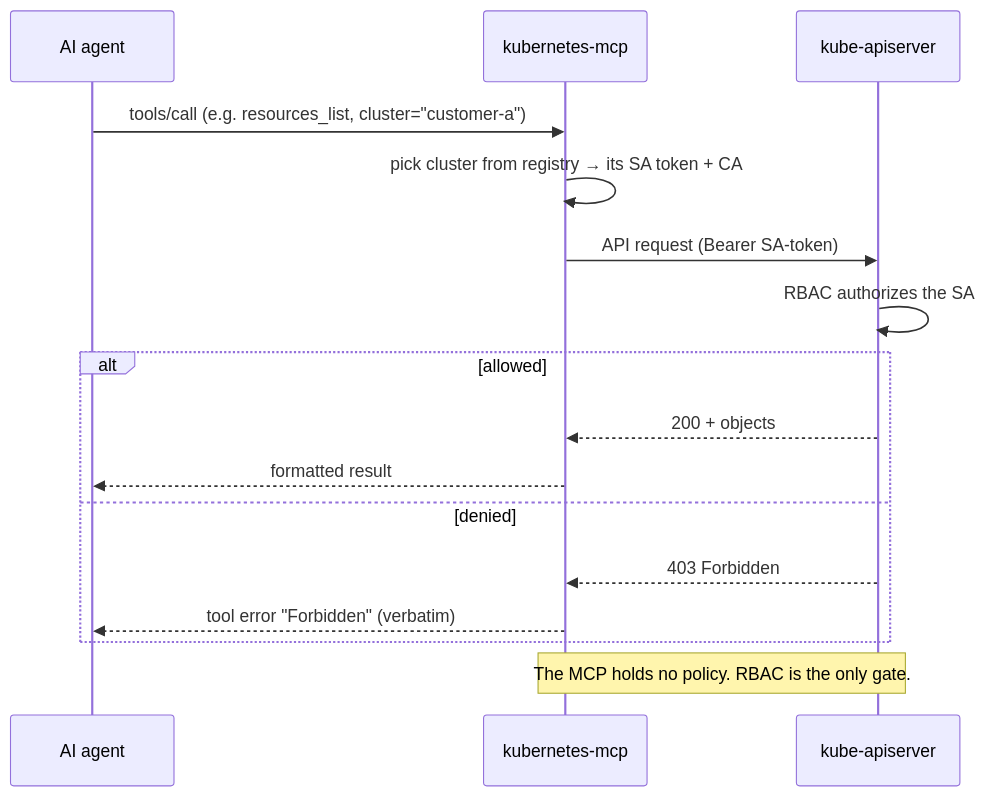
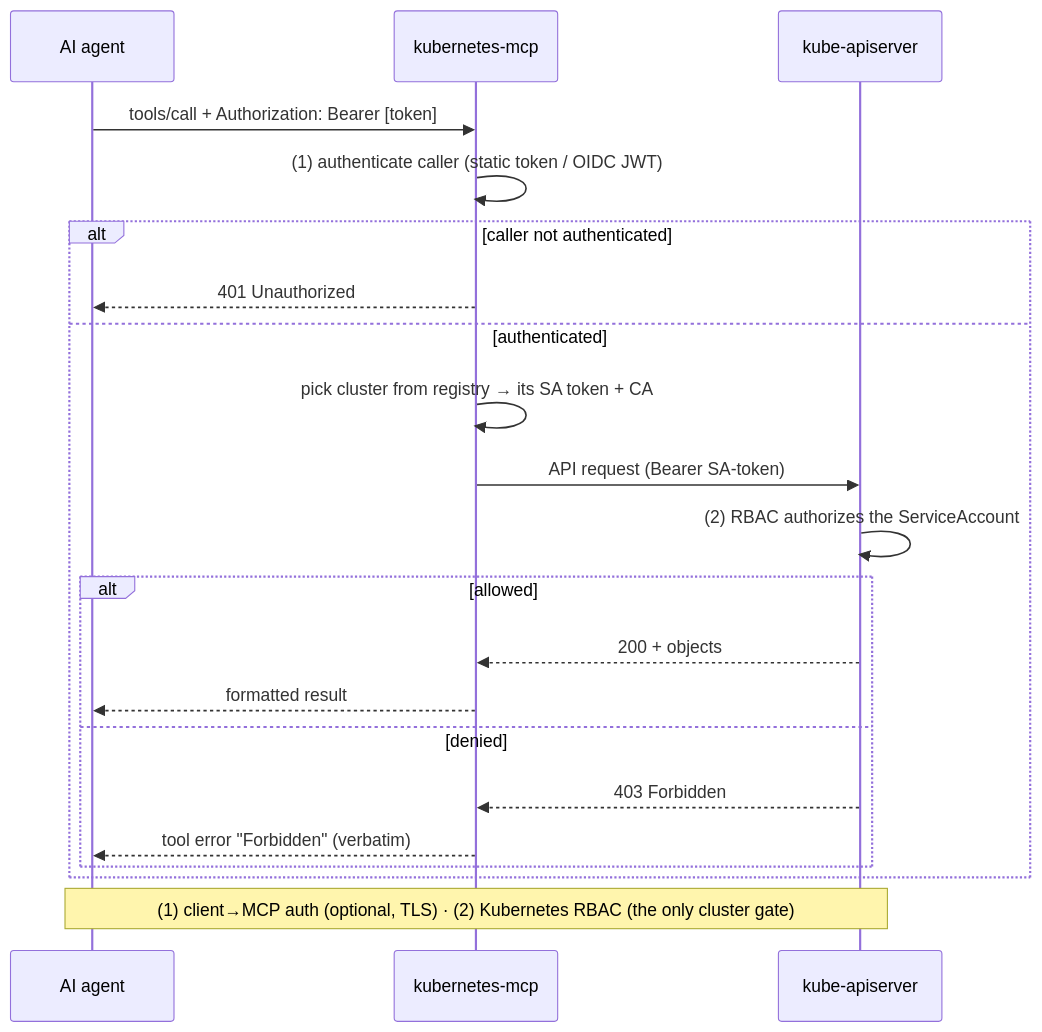
Before and after one commit to truepace-io-oss/kubernetes-mcp-server: the second of 3 diagrams in README.md, drawn with Mermaid. The commit also changed other lines of this file and 34 other files, not shown here.

````diff
--- a/README.md
+++ b/README.md
@@ -56,18 +62,23 @@
 ```mermaid
 sequenceDiagram
     participant A as AI agent
     participant M as kubernetes-mcp
     participant K as kube-apiserver
-    A->>M: tools/call (e.g. resources_list, cluster="customer-a")
-    M->>M: pick cluster from registry → its SA token + CA
-    M->>K: API request (Bearer SA-token)
-    K->>K: RBAC authorizes the SA
-    alt allowed
-        K-->>M: 200 + objects
-        M-->>A: formatted result
-    else denied
-        K-->>M: 403 Forbidden
-        M-->>A: tool error "Forbidden" (verbatim)
+    A->>M: tools/call + Authorization: Bearer [token]
+    M->>M: (1) authenticate caller (static token / OIDC JWT)
+    alt caller not authenticated
+        M-->>A: 401 Unauthorized
+    else authenticated
+        M->>M: pick cluster from registry → its SA token + CA
+        M->>K: API request (Bearer SA-token)
+        K->>K: (2) RBAC authorizes the ServiceAccount
+        alt allowed
+            K-->>M: 200 + objects
+            M-->>A: formatted result
+        else denied
+            K-->>M: 403 Forbidden
+            M-->>A: tool error "Forbidden" (verbatim)
+        end
     end
-    Note over M,K: The MCP holds no policy. RBAC is the only gate.
+    Note over A,K: (1) client→MCP auth (optional, TLS) · (2) Kubernetes RBAC (the only cluster gate)
 ```
````
